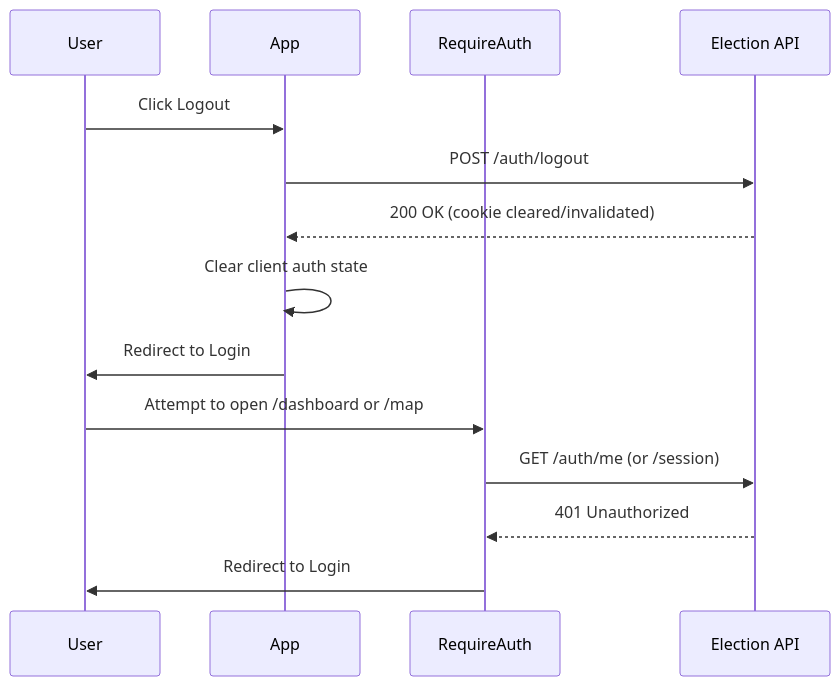
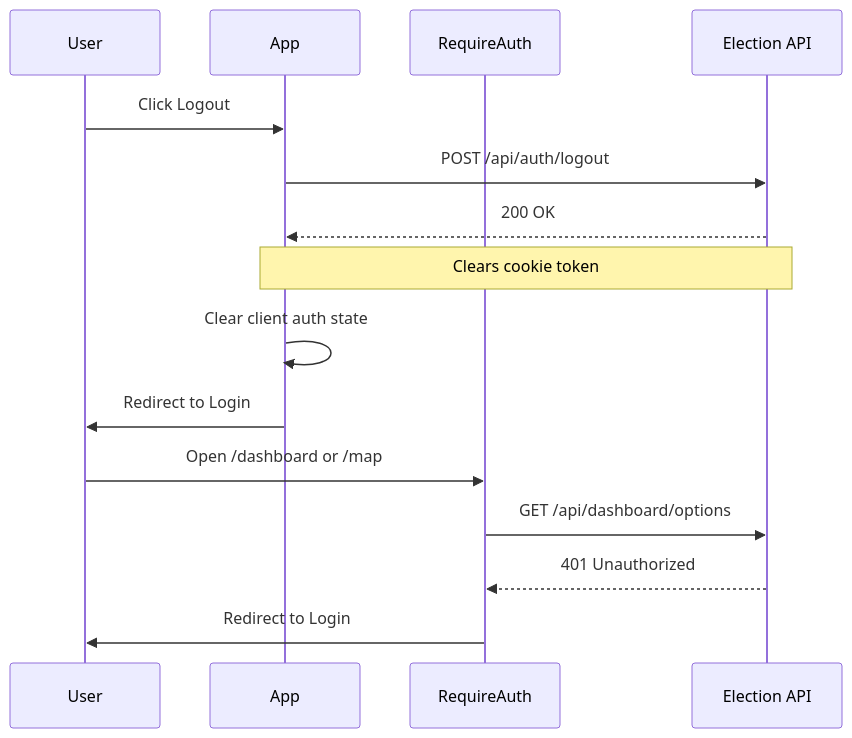
Before and after one commit to shannenlolol/SG_Election_App_SL: the second of 12 diagrams in docs/Software Design Description.md, drawn with Mermaid. The commit also changed other lines of this file and 3 other files, not shown here.

````diff
--- a/docs/Software Design Description.md
+++ b/docs/Software Design Description.md
@@ -83,19 +72,20 @@
 ```mermaid
 sequenceDiagram
     participant User
     participant App
     participant RequireAuth
     participant ElectionAPI as Election API
 
     User->>App: Click Logout
-    App->>ElectionAPI: POST /auth/logout
-    ElectionAPI-->>App: 200 OK (cookie cleared/invalidated)
+    App->>ElectionAPI: POST /api/auth/logout
+    ElectionAPI-->>App: 200 OK
+    Note over ElectionAPI,App: Clears cookie token
 
     App->>App: Clear client auth state
     App->>User: Redirect to Login
 
-    User->>RequireAuth: Attempt to open /dashboard or /map
-    RequireAuth->>ElectionAPI: GET /auth/me (or /session)
+    User->>RequireAuth: Open /dashboard or /map
+    RequireAuth->>ElectionAPI: GET /api/dashboard/options
     ElectionAPI-->>RequireAuth: 401 Unauthorized
     RequireAuth->>User: Redirect to Login
 ```
````
